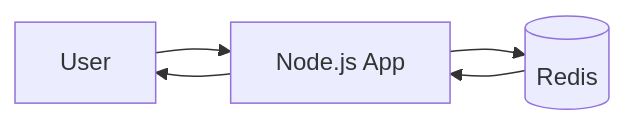
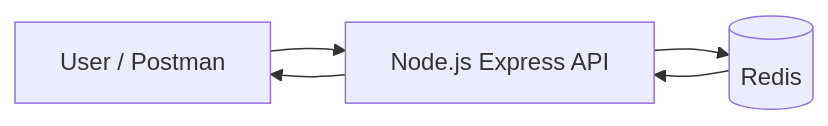
The second of 3 diagrams in redis/login-otp-with-ttl/README.md (abhiav-spec/potgress-practice), drawn with Mermaid before and after one commit. The commit also changed other lines of this file, not shown here.

````diff
--- a/redis/login-otp-with-ttl/README.md
+++ b/redis/login-otp-with-ttl/README.md
@@ -131,7 +79,7 @@
 ```mermaid
 flowchart LR
-    User --> App[Node.js App]
-    App --> Redis[(Redis)]
-    Redis --> App
-    App --> User
+    User[User / Postman] --> API[Node.js Express API]
+    API --> Redis[(Redis)]
+    Redis --> API
+    API --> User
 ```
````
